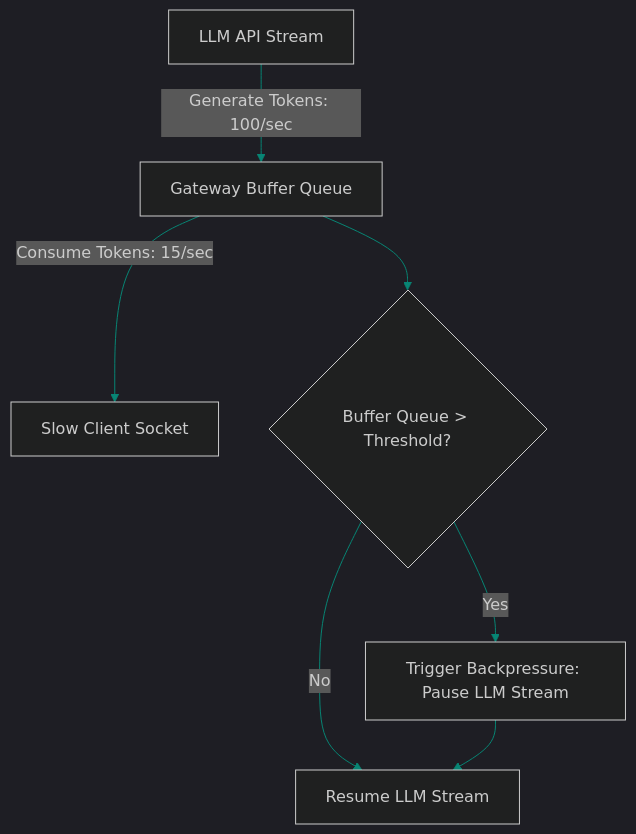
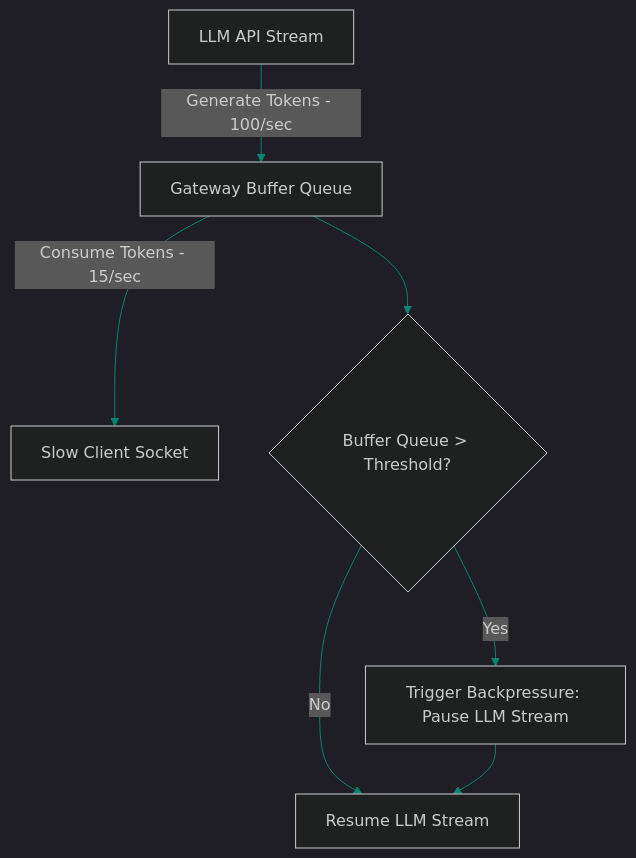
The diagram in blog/posts/gateway-token-backpressure-flow-control-streaming.md (akmalkhaniub/akmalkhaniub.github.io), drawn with Mermaid before and after one commit. The commit also changed 411 other files, not shown here.

````diff
--- a/blog/posts/gateway-token-backpressure-flow-control-streaming.md
+++ b/blog/posts/gateway-token-backpressure-flow-control-streaming.md
@@ -16,12 +16,12 @@
 ```mermaid
 %%{init: {'theme': 'dark', 'themeVariables': { 'primaryColor': '#088574', 'primaryTextColor': '#f3f4f6', 'primaryBorderColor': '#0db49b', 'lineColor': '#088574', 'secondaryColor': '#111827', 'tertiaryColor': '#0b0f19'}}}%%
 flowchart TD
-    LLM[LLM API Stream] -->|Generate Tokens: 100/sec| Gateway[Gateway Buffer Queue]
-    Gateway -->|Consume Tokens: 15/sec| Client[Slow Client Socket]
+    LLM[LLM API Stream] -->|Generate Tokens - 100/sec| Gateway[Gateway Buffer Queue]
+    Gateway -->|Consume Tokens - 15/sec| Client[Slow Client Socket]
     
     Gateway --> Check{Buffer Queue > Threshold?}
     Check -->|Yes| Pause[Trigger Backpressure: Pause LLM Stream]
     Check -->|No| Resume[Resume LLM Stream]
     
     Pause --> Resume
 ```
````
